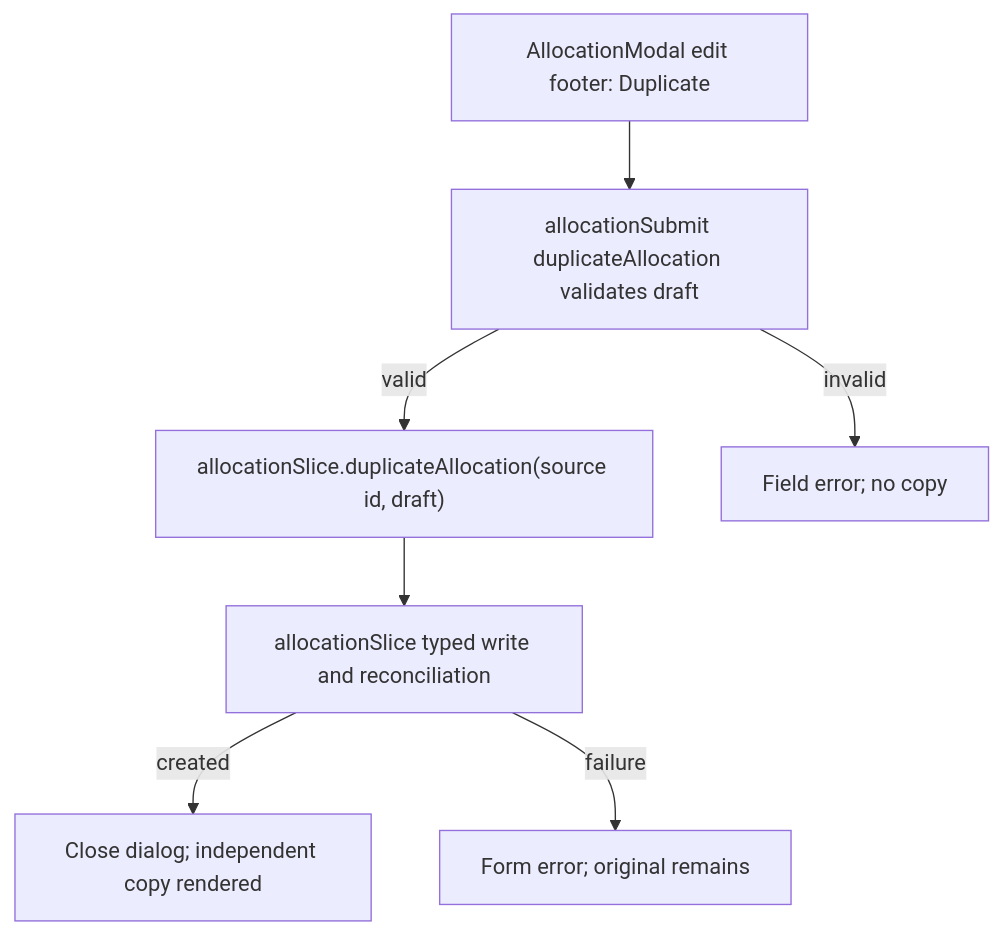
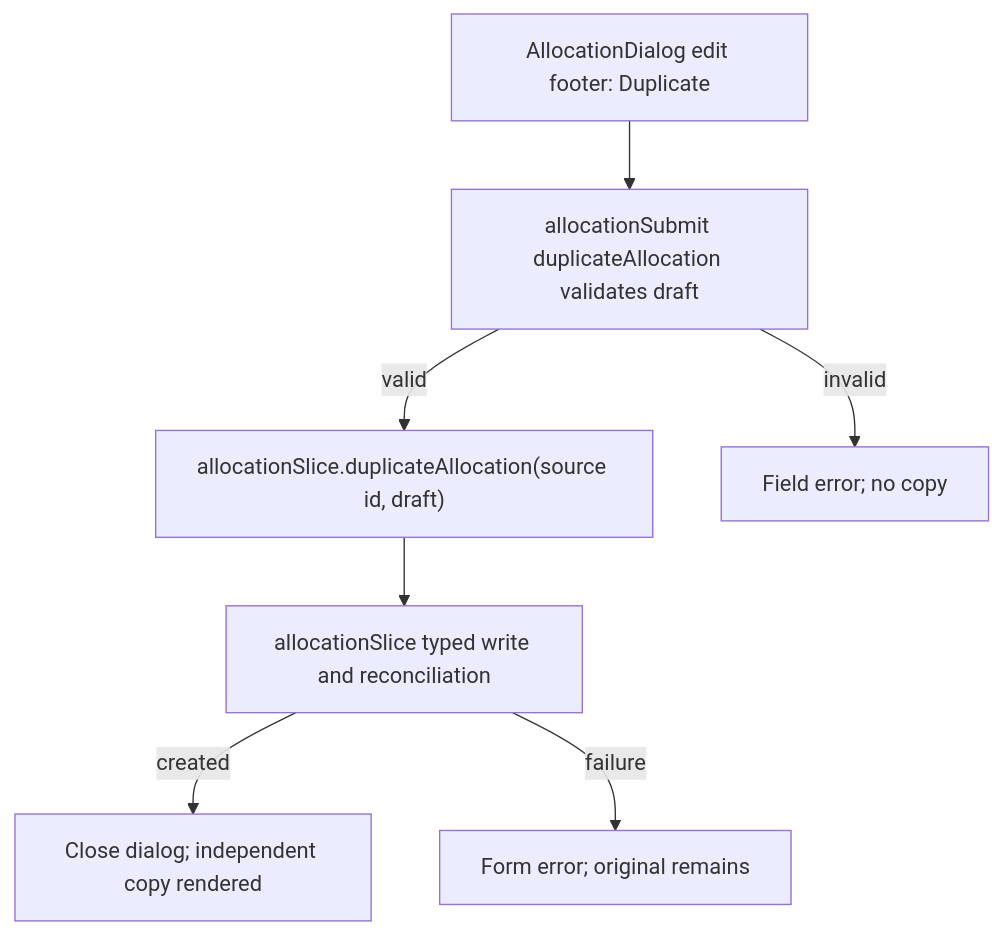
The second of 2 diagrams in user-stories/allocation/US-ALL-03-duplicate.md (Kevinjohn/capacitylens), drawn with Mermaid before and after one commit. The commit also changed other lines of this file and 47 other files, not shown here.

First line of the commit message:
Allocation dialog: rename allocation modal files and types

````diff
--- a/user-stories/allocation/US-ALL-03-duplicate.md
+++ b/user-stories/allocation/US-ALL-03-duplicate.md
@@ -40,9 +40,9 @@
 ```mermaid
 flowchart TD
-  A["AllocationModal edit footer: Duplicate"] --> B["allocationSubmit duplicateAllocation validates draft"]
+  A["AllocationDialog edit footer: Duplicate"] --> B["allocationSubmit duplicateAllocation validates draft"]
   B -->|valid| C["allocationSlice.duplicateAllocation(source id, draft)"]
   B -->|invalid| D["Field error; no copy"]
   C --> E["allocationSlice typed write and reconciliation"]
   E -->|created| F["Close dialog; independent copy rendered"]
   E -->|failure| G["Form error; original remains"]
 ```
````
